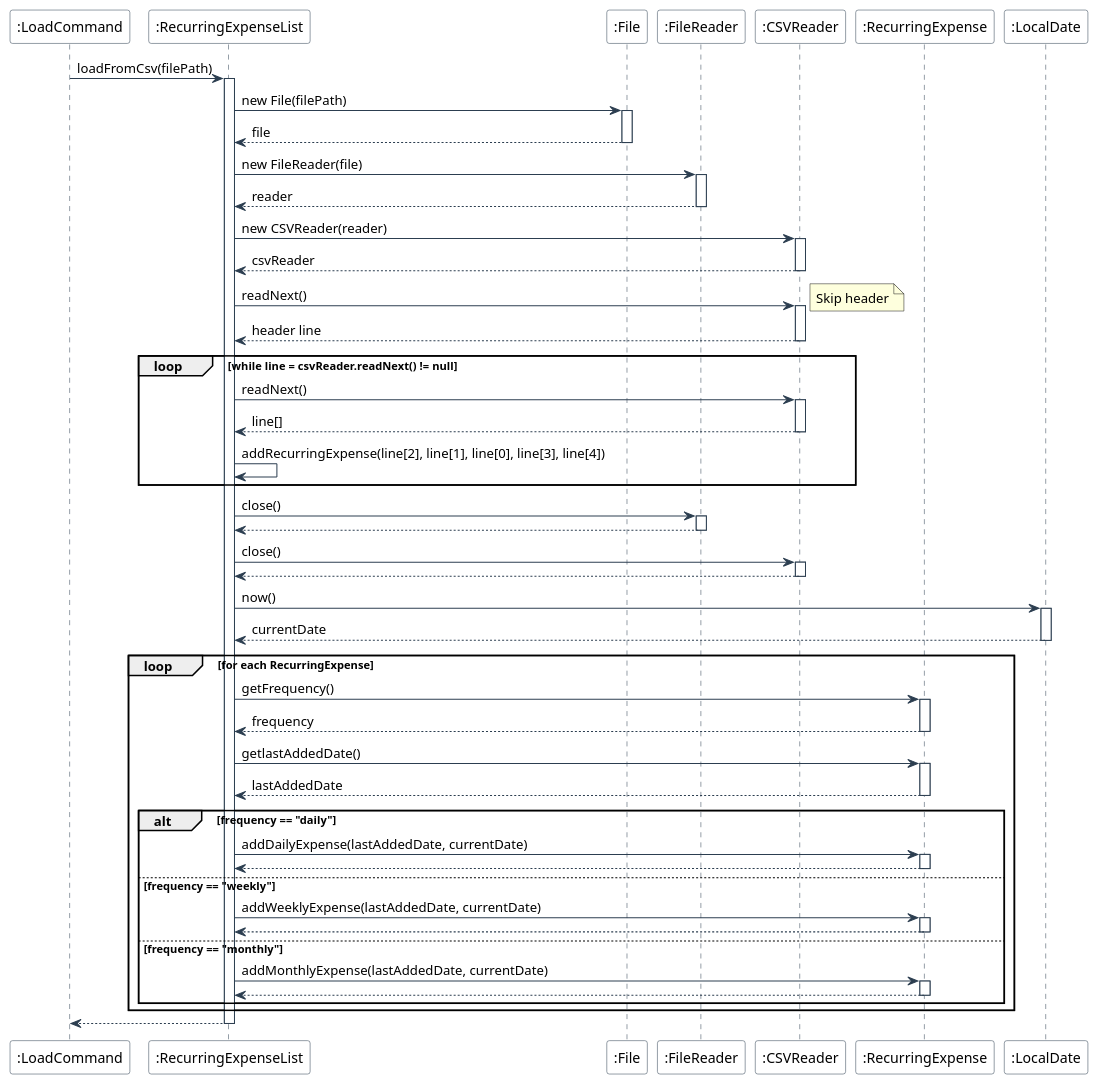
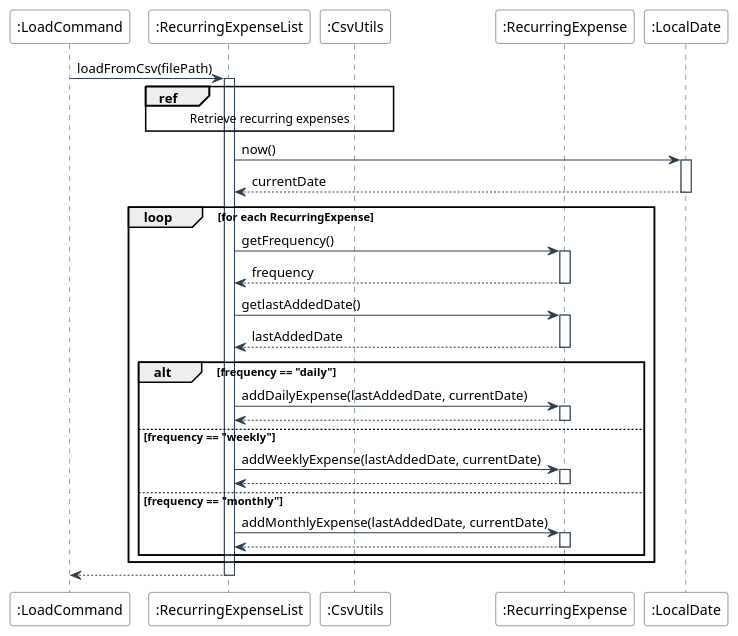
Before and after one commit to nus-cs2113-AY2425S1/tp: the diagram in docs/diagrams/plantuml/RecurringExpenseLoadFromCsvSequence.puml, drawn with PlantUML. The commit also changed 2 other files, not shown here.

Commit message:
Update RecurringExpense section for DG

```diff
--- a/docs/diagrams/plantuml/RecurringExpenseLoadFromCsvSequence.puml
+++ b/docs/diagrams/plantuml/RecurringExpenseLoadFromCsvSequence.puml
@@ -1,97 +1,57 @@
 @startuml
 skinparam backgroundColor #FFFFFF
 skinparam sequence {
     ArrowColor #2C3E50
     LifeLineBorderColor #2C3E50
     ParticipantBorderColor #2C3E50
     ParticipantBackgroundColor #FFFFFF
 }
 
 participant ":LoadCommand" as LC
 participant ":RecurringExpenseList" as REL
-participant ":File" as F
-participant ":FileReader" as FR
-participant ":CSVReader" as CSV
+participant ":CsvUtils" as CSV
 participant ":RecurringExpense" as RE
 participant ":LocalDate" as LD
 
 LC -> REL: loadFromCsv(filePath)
 activate REL
 
-REL -> F: new File(filePath)
-activate F
-F --> REL: file
-deactivate F
-
-REL -> FR: new FileReader(file)
-activate FR
-FR --> REL: reader
-deactivate FR
-
-REL -> CSV: new CSVReader(reader)
-activate CSV
-CSV --> REL: csvReader
-deactivate CSV
-
-REL -> CSV: readNext()
-activate CSV
-note right: Skip header
-CSV --> REL: header line
-deactivate CSV
-
-loop while line = csvReader.readNext() != null
-    REL -> CSV: readNext()
-    activate CSV
-    CSV --> REL: line[]
-    deactivate CSV
-    
-    REL -> REL: addRecurringExpense(line[2], line[1], line[0], line[3], line[4])
-end
-
-REL -> FR: close()
-activate FR
-FR --> REL
-deactivate FR
-
-REL -> CSV: close()
-activate CSV
-CSV --> REL
-deactivate CSV
+ref over REL, CSV : Retrieve recurring expenses
 
 REL -> LD: now()
 activate LD
 LD --> REL: currentDate
 deactivate LD
 
 loop for each RecurringExpense
     REL -> RE: getFrequency()
     activate RE
     RE --> REL: frequency
     deactivate RE
     
     REL -> RE: getlastAddedDate()
     activate RE
     RE --> REL: lastAddedDate
     deactivate RE
     
     alt frequency == "daily"
         REL -> RE: addDailyExpense(lastAddedDate, currentDate)
         activate RE
         RE --> REL
         deactivate RE
     else frequency == "weekly"
         REL -> RE: addWeeklyExpense(lastAddedDate, currentDate)
         activate RE
         RE --> REL
         deactivate RE
     else frequency == "monthly"
         REL -> RE: addMonthlyExpense(lastAddedDate, currentDate)
         activate RE
         RE --> REL
         deactivate RE
     end
 end
 
 REL --> LC
 deactivate REL
 @enduml
```
